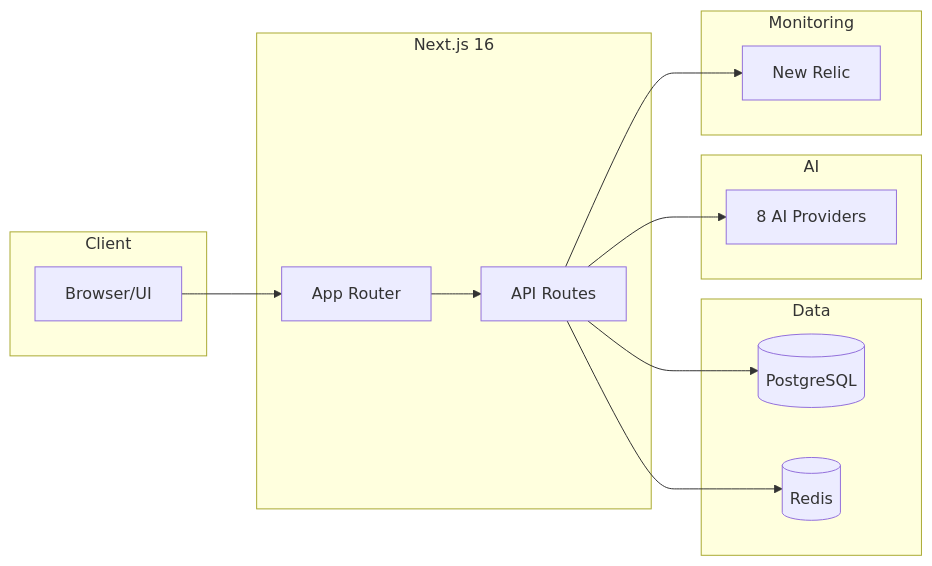
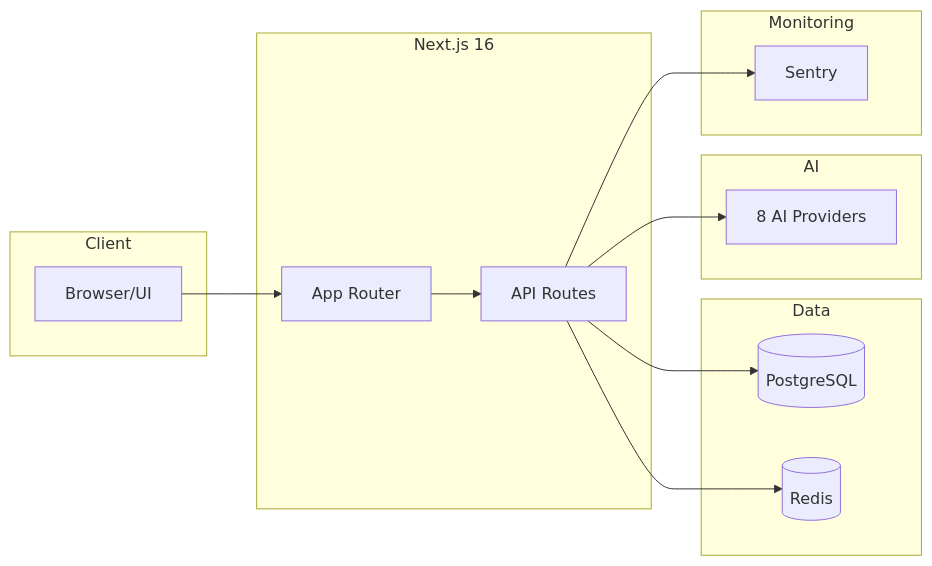
Before and after one commit to NICxKMS/nextjs-ai-chatbot: the diagram in docs/README.md, drawn with Mermaid. The commit also changed other lines of this file and 107 other files, not shown here.

````diff
--- a/docs/README.md
+++ b/docs/README.md
@@ -34,31 +34,31 @@
 ```mermaid
 graph LR
     subgraph Client
         Browser[Browser/UI]
     end
 
     subgraph NextJS[Next.js 16]
         App[App Router]
         API[API Routes]
     end
 
     subgraph Data
         PG[(PostgreSQL)]
         Redis[(Redis)]
     end
 
     subgraph AI
         Providers[8 AI Providers]
     end
 
     subgraph Monitoring
-        NR[New Relic]
+        Sentry[Sentry]
     end
 
     Browser --> App
     App --> API
     API --> PG
     API --> Redis
     API --> Providers
-    API --> NR
+    API --> Sentry
 ```
````
